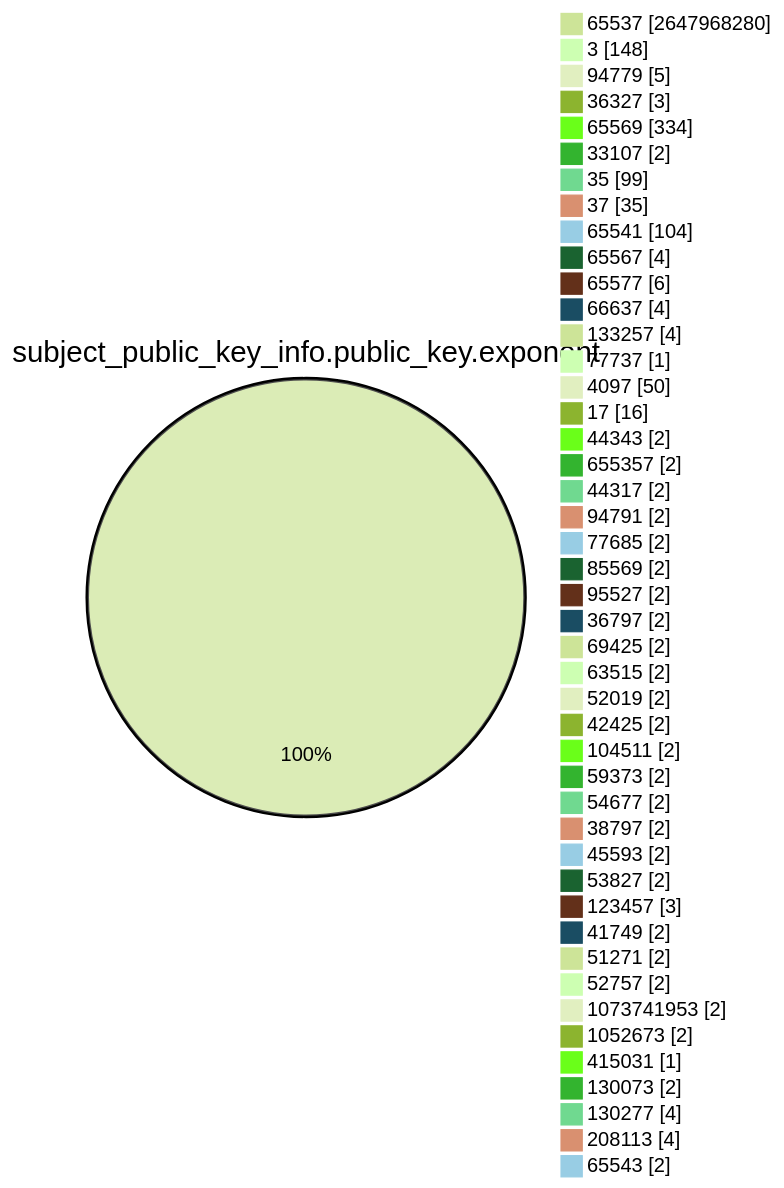
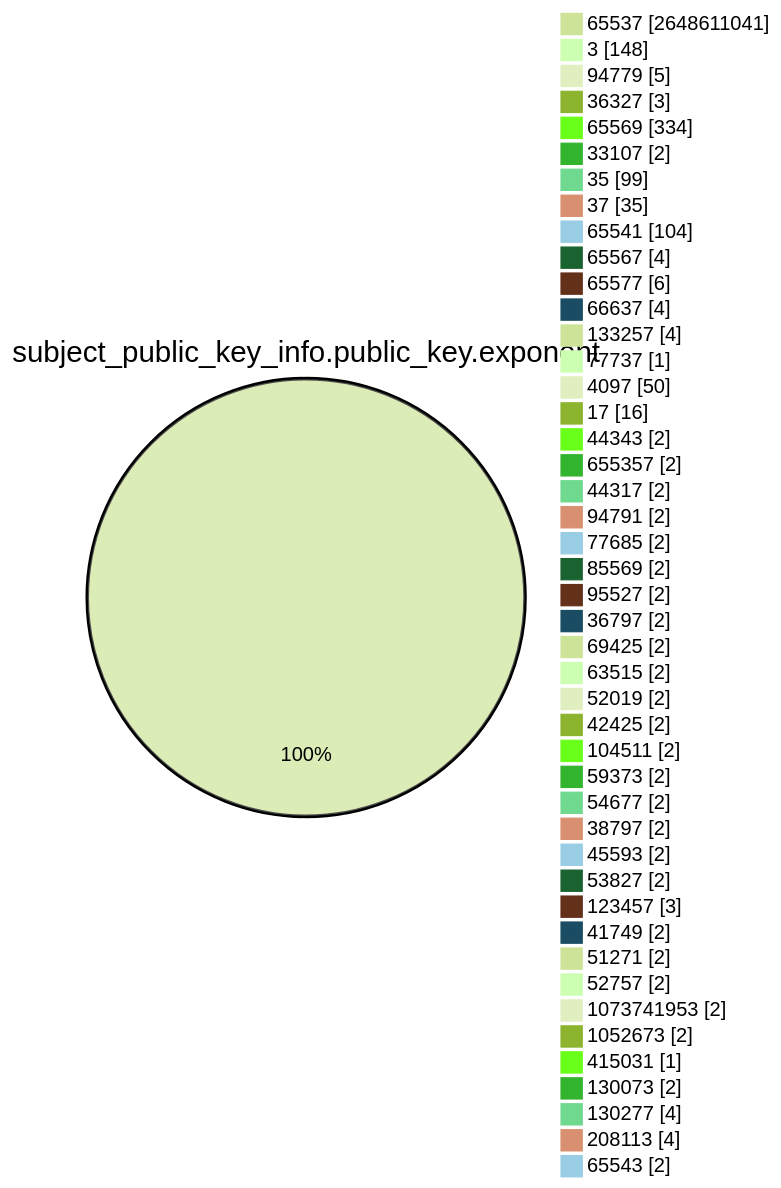
Before and after one commit to christiankrug/ctmonitor_visualization: the fourth of 15 diagrams in TOTAL/README.md, drawn with Mermaid (forest theme). The commit also changed other lines of this file, not shown here.

````diff
--- a/TOTAL/README.md
+++ b/TOTAL/README.md
@@ -1466,49 +1466,49 @@
 ```mermaid
 pie showData
 title subject_public_key_info.public_key.exponent
-"65537" :2647968280
+"65537" :2648611041
 "3" :148
 "94779" :5
 "36327" :3
 "65569" :334
 "33107" :2
 "35" :99
 "37" :35
 "65541" :104
 "65567" :4
 "65577" :6
 "66637" :4
 "133257" :4
 "77737" :1
 "4097" :50
 "17" :16
 "44343" :2
 "655357" :2
 "44317" :2
 "94791" :2
 "77685" :2
 "85569" :2
 "95527" :2
 "36797" :2
 "69425" :2
 "63515" :2
 "52019" :2
 "42425" :2
 "104511" :2
 "59373" :2
 "54677" :2
 "38797" :2
 "45593" :2
 "53827" :2
 "123457" :3
 "41749" :2
 "51271" :2
 "52757" :2
 "1073741953" :2
 "1052673" :2
 "415031" :1
 "130073" :2
 "130277" :4
 "208113" :4
 "65543" :2
 ```
````
